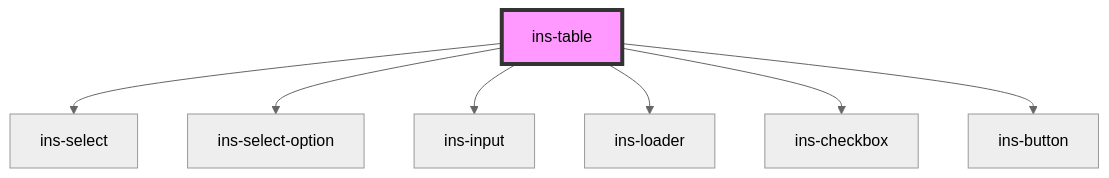
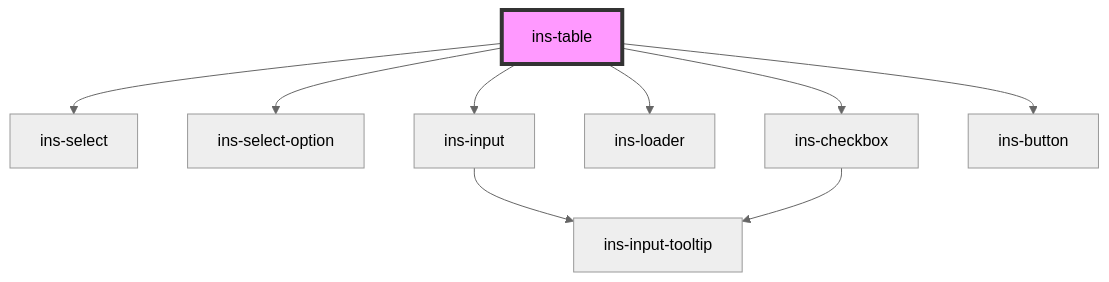
The diagram in components/src/components/ins-table/readme.md (insites-io/insites-components-v2), drawn with Mermaid (neutral theme) before and after one commit. The commit also changed 21 other files, not shown here.

````diff
--- a/components/src/components/ins-table/readme.md
+++ b/components/src/components/ins-table/readme.md
@@ -102,10 +102,12 @@
 ```mermaid
 graph TD;
   ins-table --> ins-select
   ins-table --> ins-select-option
   ins-table --> ins-input
   ins-table --> ins-loader
   ins-table --> ins-checkbox
   ins-table --> ins-button
+  ins-input --> ins-input-tooltip
+  ins-checkbox --> ins-input-tooltip
   style ins-table fill:#f9f,stroke:#333,stroke-width:4px
 ```
````
